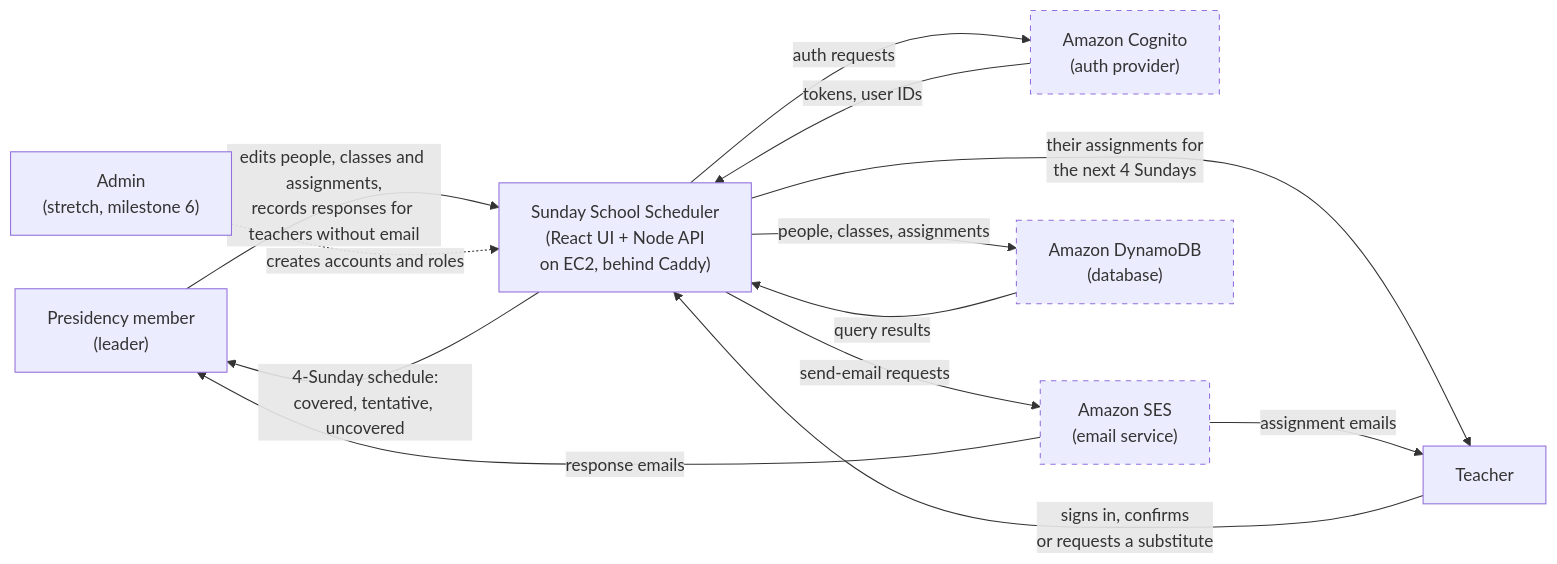
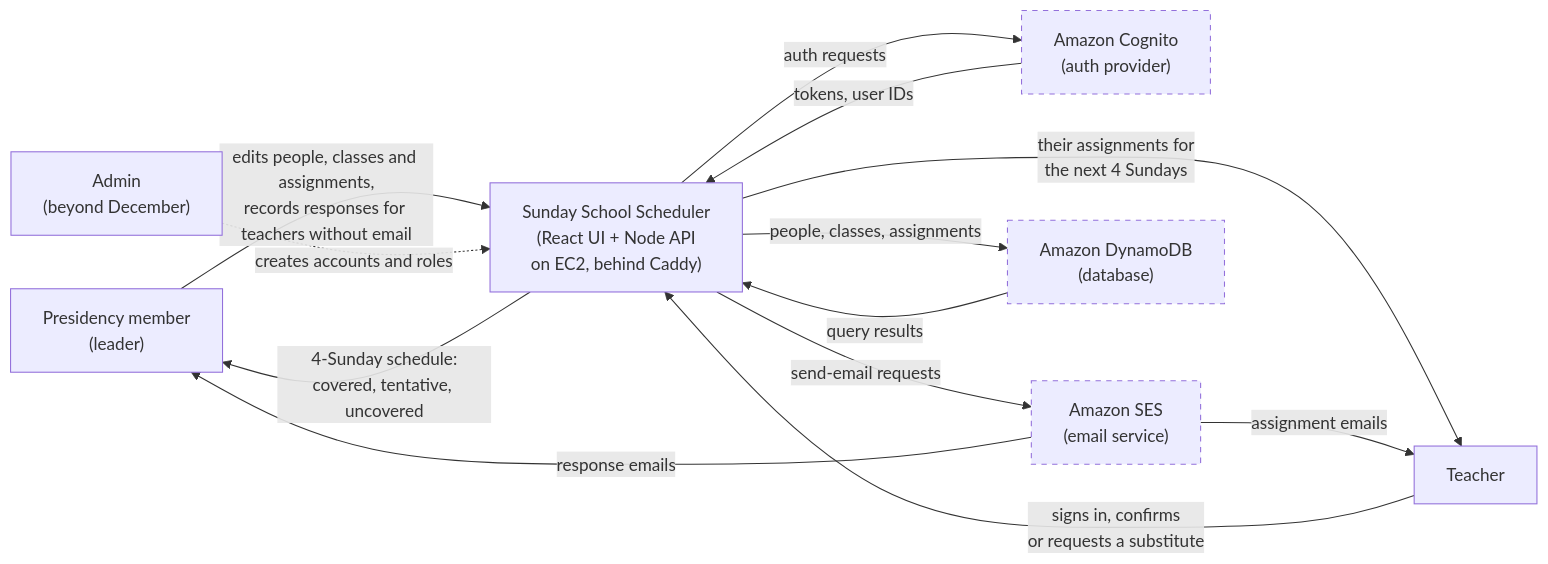
One commit to Sunday-School-Software/Sunday-School-Scheduler changed the first of 4 diagrams in docs/design.md. Above: the diagram before and after it, drawn with Mermaid. The commit also changed other lines of this file and 1 other file, not shown here.

````diff
--- a/docs/design.md
+++ b/docs/design.md
@@ -48,26 +49,26 @@
 ```mermaid
 flowchart LR
     leader["Presidency member<br/>(leader)"]
     teacher["Teacher"]
     app["Sunday School Scheduler<br/>(React UI + Node API<br/>on EC2, behind Caddy)"]
     cognito["Amazon Cognito<br/>(auth provider)"]
     ses["Amazon SES<br/>(email service)"]
     db["Amazon DynamoDB<br/>(database)"]
 
     leader -->|"edits people, classes and assignments,<br/>records responses for teachers without email"| app
     app -->|"4-Sunday schedule:<br/>covered, tentative, uncovered"| leader
     teacher -->|"signs in, confirms<br/>or requests a substitute"| app
     app -->|"their assignments for<br/>the next 4 Sundays"| teacher
-    admin["Admin<br/>(stretch, milestone 6)"]
+    admin["Admin<br/>(beyond December)"]
     admin -.->|"creates accounts and roles"| app
     app -->|"auth requests"| cognito
     cognito -->|"tokens, user IDs"| app
     app -->|"people, classes, assignments"| db
     db -->|"query results"| app
     app -->|"send-email requests"| ses
     ses -->|"assignment emails"| teacher
     ses -->|"response emails"| leader
 
     classDef external stroke-dasharray: 5 5
     class cognito,ses,db external
 ```
````
